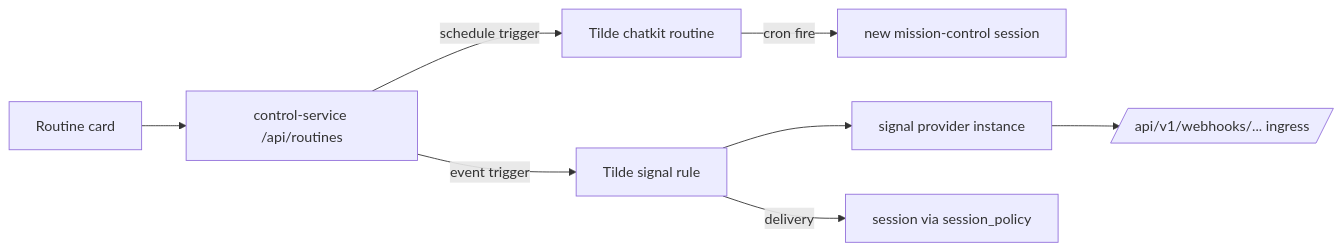
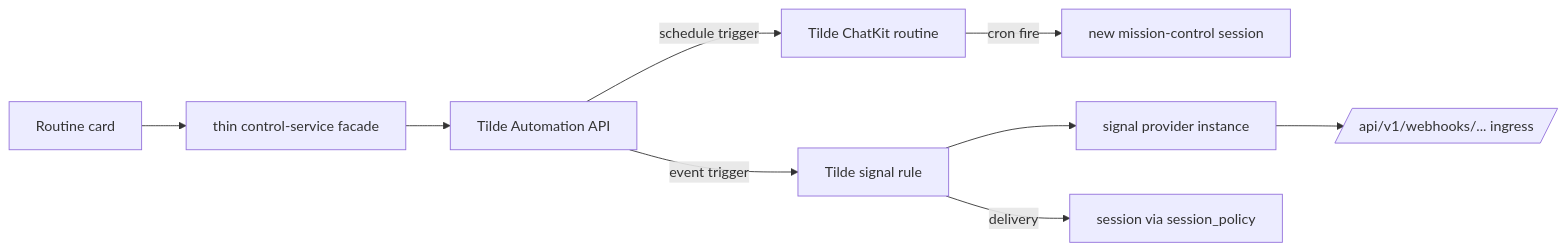
The diagram in docs/adrs/0031-routines-and-signals.md (trytilde/dispatch), drawn with Mermaid before and after one commit. The commit also changed other lines of this file and 51 other files, not shown here.

````diff
--- a/docs/adrs/0031-routines-and-signals.md
+++ b/docs/adrs/0031-routines-and-signals.md
@@ -32,10 +34,11 @@
 ```mermaid
 flowchart LR
-    UI[Routine card] --> CS[control-service /api/routines]
-    CS -->|schedule trigger| R[Tilde chatkit routine]
-    CS -->|event trigger| SR[Tilde signal rule]
+    UI[Routine card] --> CS[thin control-service facade]
+    CS --> A[Tilde Automation API]
+    A -->|schedule trigger| R[Tilde ChatKit routine]
+    A -->|event trigger| SR[Tilde signal rule]
     SR --> SPI[signal provider instance]
     SPI --> WH[/api/v1/webhooks/... ingress/]
     R -->|cron fire| S1[new mission-control session]
     SR -->|delivery| S2[session via session_policy]
 ```
````
